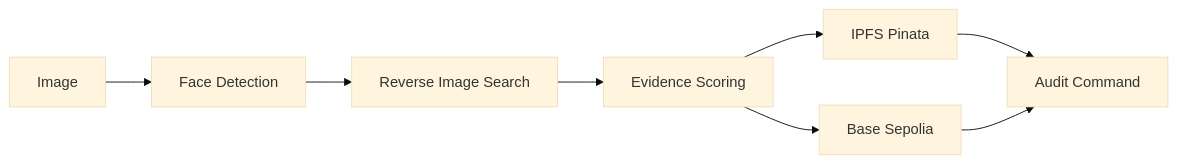
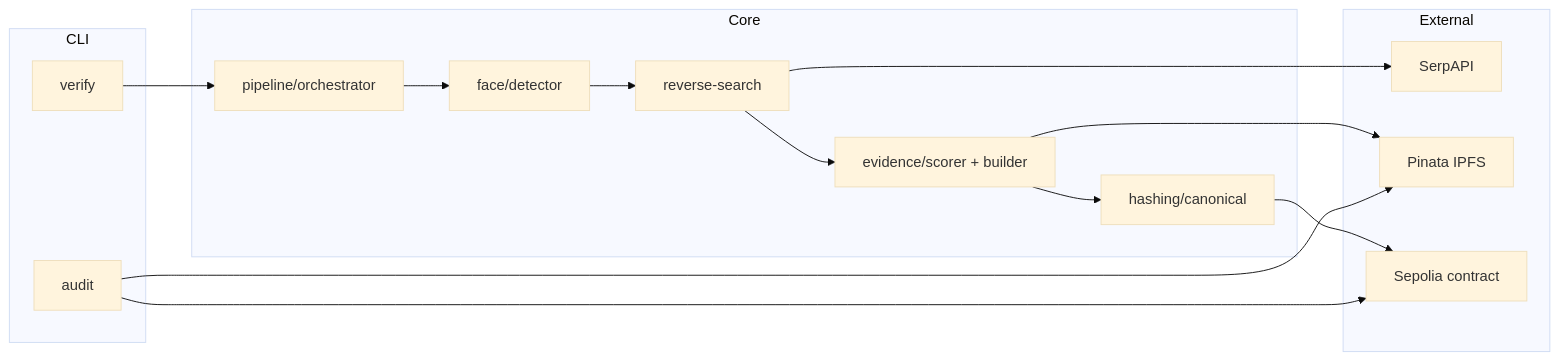
Before and after one commit to nishant-uxs/face-id-blockchain-verification: the third of 5 diagrams in README.md, drawn with Mermaid (base theme). The commit also changed other lines of this file and 20 other files, not shown here.

````diff
--- a/README.md
+++ b/README.md
@@ -69,10 +147,29 @@
 ```mermaid
 flowchart LR
-    IMG[Image] --> FACE[Face Detection]
-    FACE --> RIS[Reverse Image Search]
-    RIS --> EV[Evidence Scoring]
-    EV --> IPFS[IPFS Pinata]
-    EV --> CHAIN[Base Sepolia]
-    IPFS --> AUDIT[Audit Command]
-    CHAIN --> AUDIT
+    subgraph CLI
+      V[verify]
+      A[audit]
+    end
+
+    subgraph Core
+      P[pipeline/orchestrator]
+      F[face/detector]
+      R[reverse-search]
+      E[evidence/scorer + builder]
+      H[hashing/canonical]
+    end
+
+    subgraph External
+      S[SerpAPI]
+      I[Pinata IPFS]
+      C[Sepolia contract]
+    end
+
+    V --> P
+    P --> F --> R --> E --> H
+    R --> S
+    E --> I
+    H --> C
+    A --> I
+    A --> C
 ```
````
